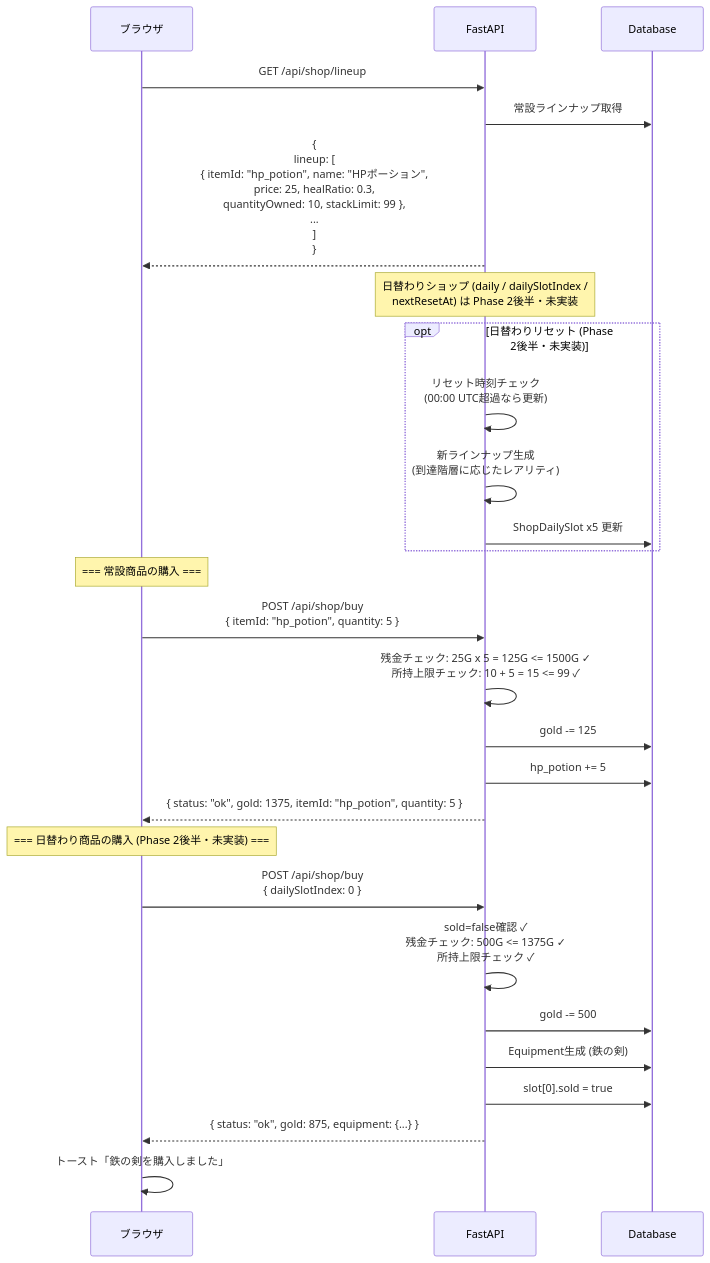
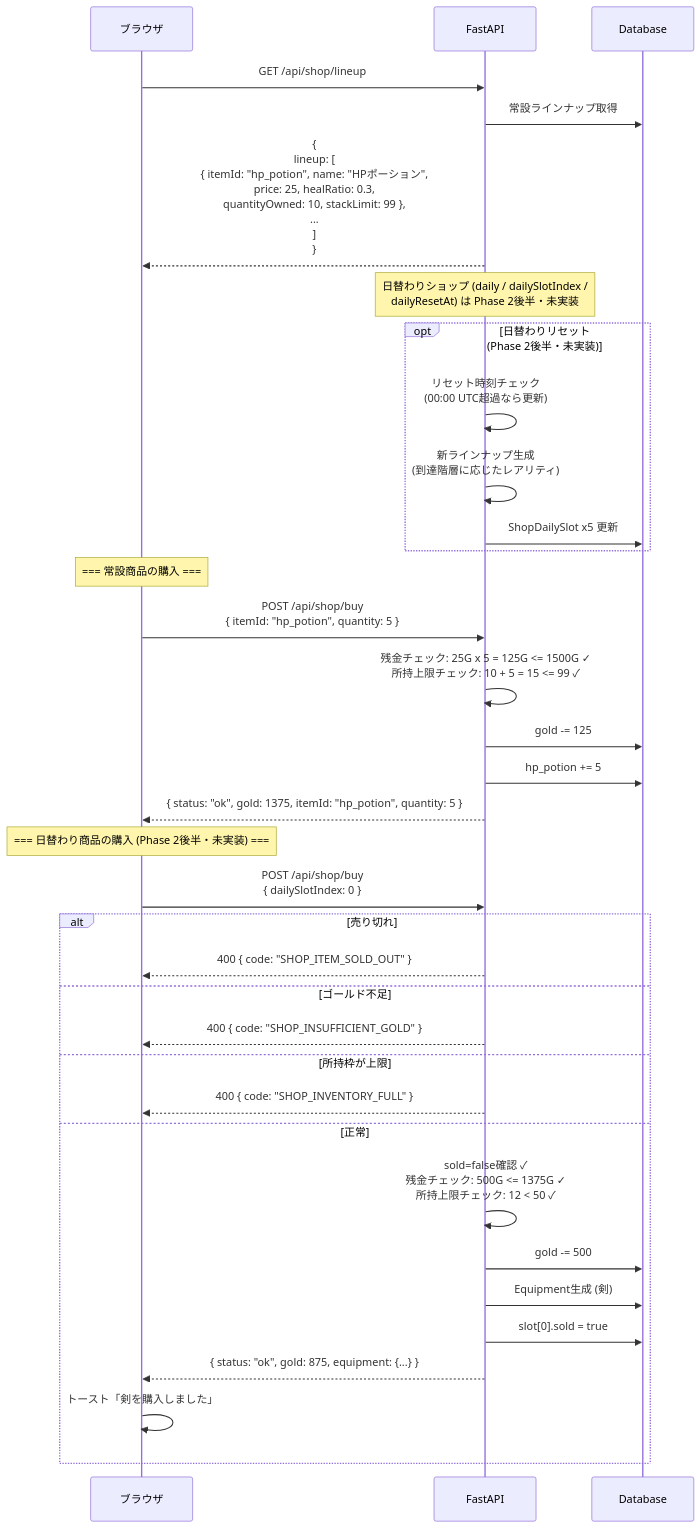
One commit to dateeee/2026_AFKGAME changed the second of 3 diagrams in diagrams/api_sequence/gameplay.md. Above: the diagram before and after it, drawn with Mermaid. The commit also changed other lines of this file and 14 other files, not shown here.

First line of the commit message:
docs: レビュー指摘20件を仕様書・設計図へ反映

````diff
--- a/diagrams/api_sequence/gameplay.md
+++ b/diagrams/api_sequence/gameplay.md
@@ -64,39 +64,47 @@
 ```mermaid
 %%{init: {'theme': 'default', 'sequence': {'actorFontSize': 18, 'messageFontSize': 16, 'noteFontSize': 14}} }%%
 sequenceDiagram
     participant B as ブラウザ
     participant API as FastAPI
     participant DB as Database
 
     B->>API: GET /api/shop/lineup
     API->>DB: 常設ラインナップ取得
 
     API-->>B: {<br/>  lineup: [<br/>    { itemId: "hp_potion", name: "HPポーション",<br/>      price: 25, healRatio: 0.3,<br/>      quantityOwned: 10, stackLimit: 99 },<br/>    ...<br/>  ]<br/>}
 
-    Note over API: 日替わりショップ (daily / dailySlotIndex /<br/>nextResetAt) は Phase 2後半・未実装
+    Note over API: 日替わりショップ (daily / dailySlotIndex /<br/>dailyResetAt) は Phase 2後半・未実装
 
     opt 日替わりリセット (Phase 2後半・未実装)
         API->>API: リセット時刻チェック<br/>(00:00 UTC超過なら更新)
         API->>API: 新ラインナップ生成<br/>(到達階層に応じたレアリティ)
         API->>DB: ShopDailySlot x5 更新
     end
 
     Note over B: === 常設商品の購入 ===
 
     B->>API: POST /api/shop/buy<br/>{ itemId: "hp_potion", quantity: 5 }
     API->>API: 残金チェック: 25G x 5 = 125G <= 1500G ✓<br/>所持上限チェック: 10 + 5 = 15 <= 99 ✓
     API->>DB: gold -= 125
     API->>DB: hp_potion += 5
     API-->>B: { status: "ok", gold: 1375, itemId: "hp_potion", quantity: 5 }
 
     Note over B: === 日替わり商品の購入 (Phase 2後半・未実装) ===
 
     B->>API: POST /api/shop/buy<br/>{ dailySlotIndex: 0 }
-    API->>API: sold=false確認 ✓<br/>残金チェック: 500G <= 1375G ✓<br/>所持上限チェック ✓
-    API->>DB: gold -= 500
-    API->>DB: Equipment生成 (鉄の剣)
-    API->>DB: slot[0].sold = true
-    API-->>B: { status: "ok", gold: 875, equipment: {...} }
 
-    B->>B: トースト「鉄の剣を購入しました」
+    alt 売り切れ
+        API-->>B: 400 { code: "SHOP_ITEM_SOLD_OUT" }
+    else ゴールド不足
+        API-->>B: 400 { code: "SHOP_INSUFFICIENT_GOLD" }
+    else 所持枠が上限
+        API-->>B: 400 { code: "SHOP_INVENTORY_FULL" }
+    else 正常
+        API->>API: sold=false確認 ✓<br/>残金チェック: 500G <= 1375G ✓<br/>所持上限チェック: 12 < 50 ✓
+        API->>DB: gold -= 500
+        API->>DB: Equipment生成 (剣)
+        API->>DB: slot[0].sold = true
+        API-->>B: { status: "ok", gold: 875, equipment: {...} }
+        B->>B: トースト「剣を購入しました」
+    end
 ```
````
